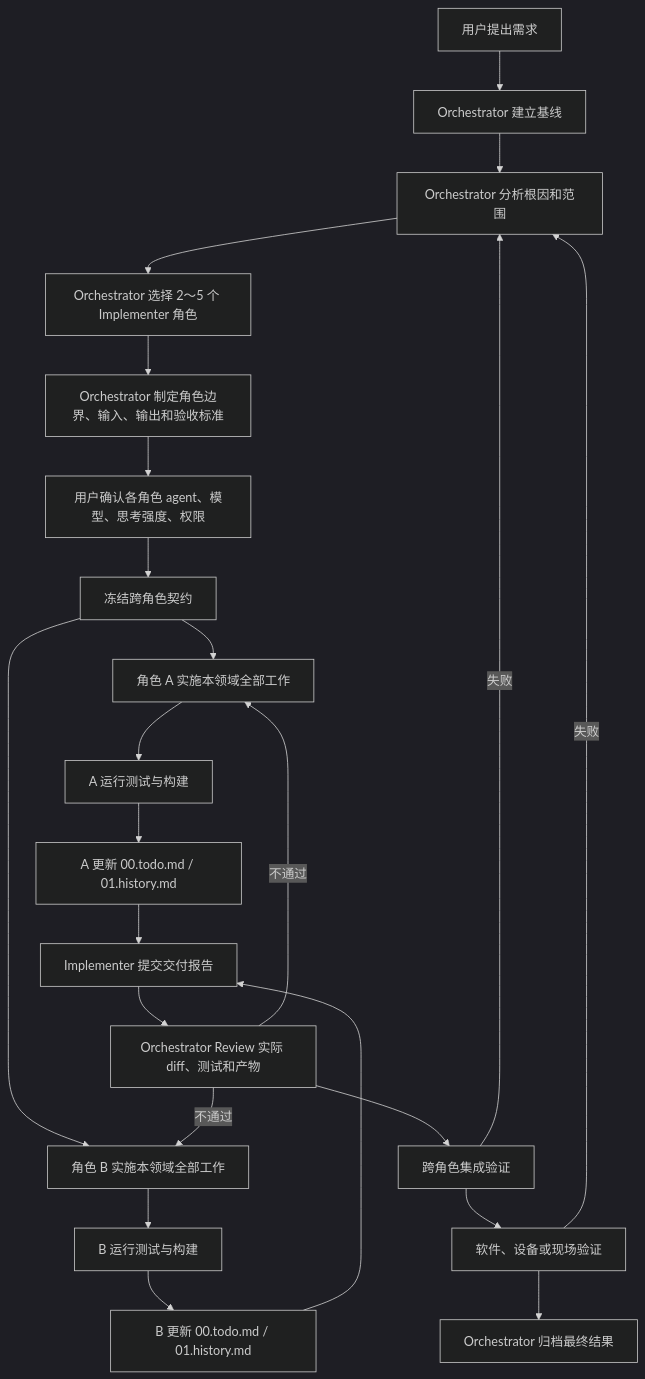
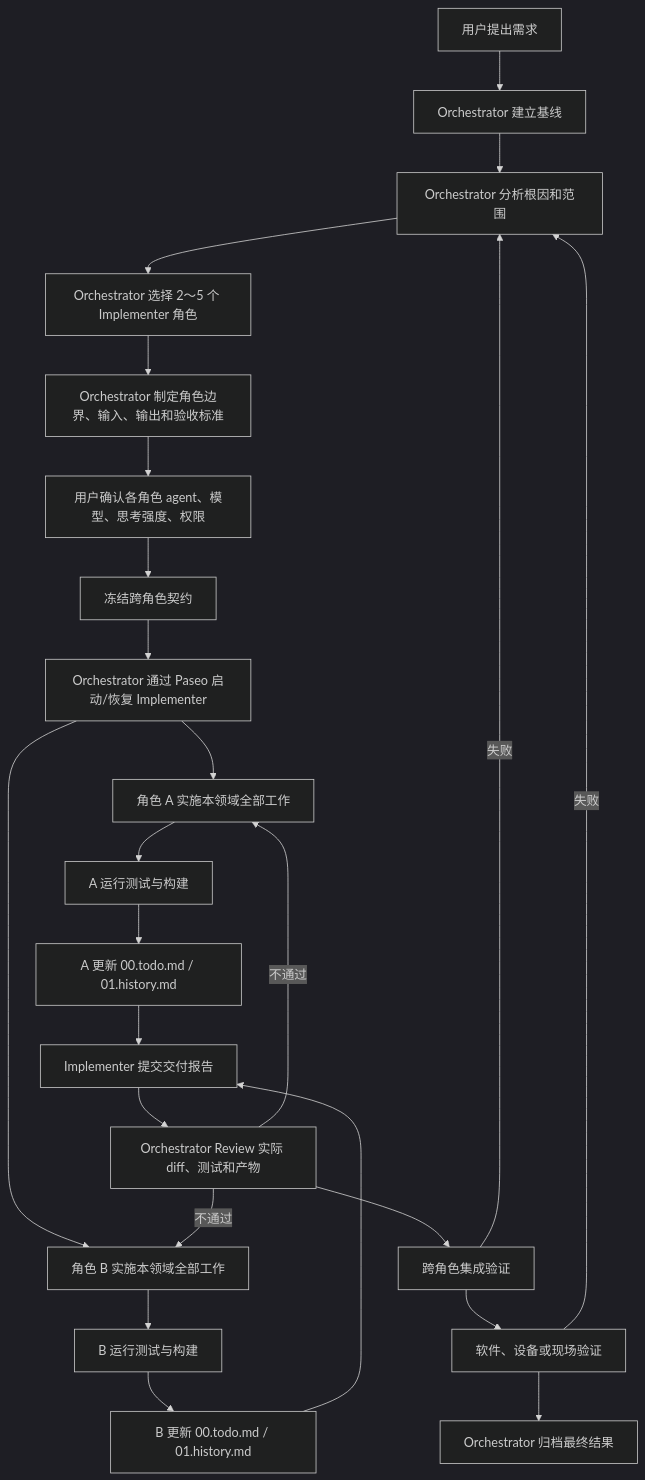
The second of 2 diagrams in Docs/02.orchestrator-implementer-architecture.md (mbundgdg/Multi-AI), drawn with Mermaid (dark theme) before and after one commit. The commit also changed other lines of this file and 2 other files, not shown here.

Commit message:
docs: define Paseo-managed implementer architecture

````diff
--- a/Docs/02.orchestrator-implementer-architecture.md
+++ b/Docs/02.orchestrator-implementer-architecture.md
@@ -140,25 +167,26 @@
 ```mermaid
 flowchart TD
     A[用户提出需求] --> B[Orchestrator 建立基线]
     B --> C[Orchestrator 分析根因和范围]
     C --> D[Orchestrator 选择 2～5 个 Implementer 角色]
     D --> E[Orchestrator 制定角色边界、输入、输出和验收标准]
     E --> E1[用户确认各角色 agent、模型、思考强度、权限]
     E1 --> F[冻结跨角色契约]
-    F --> G1[角色 A 实施本领域全部工作]
-    F --> G2[角色 B 实施本领域全部工作]
+    F --> E2[Orchestrator 通过 Paseo 启动/恢复 Implementer]
+    E2 --> G1[角色 A 实施本领域全部工作]
+    E2 --> G2[角色 B 实施本领域全部工作]
     G1 --> H1[A 运行测试与构建]
     G2 --> H2[B 运行测试与构建]
     H1 --> I1[A 更新 00.todo.md / 01.history.md]
     H2 --> I2[B 更新 00.todo.md / 01.history.md]
     I1 --> J[Implementer 提交交付报告]
     I2 --> J
     J --> K[Orchestrator Review 实际 diff、测试和产物]
     K -->|不通过| G1
     K -->|不通过| G2
     K --> L[跨角色集成验证]
     L -->|失败| C
     L --> M[软件、设备或现场验证]
     M -->|失败| C
     M --> N[Orchestrator 归档最终结果]
 ```
````
